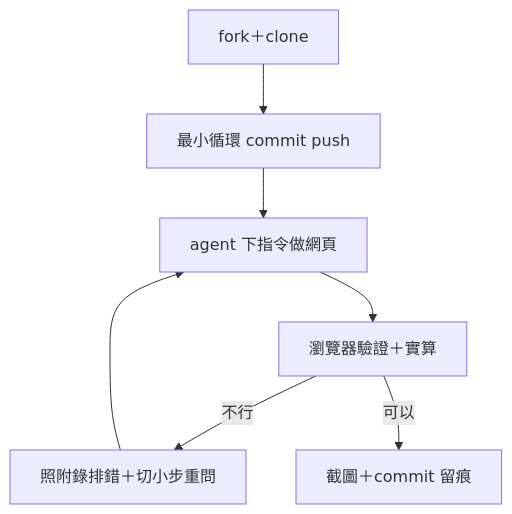
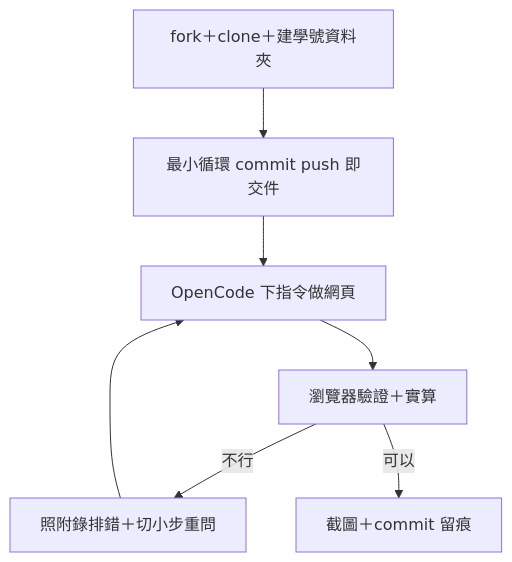
The second of 2 diagrams in 20260919/README.md (h30190/2026_TUT_Interior_with_AI_Course), drawn with Mermaid before and after one commit. The commit also changed other lines of this file and 7 other files, not shown here.

Commit message:
docs: personal fork workflow, students workspace, Antigravity+OpenCode

````diff
--- a/20260919/README.md
+++ b/20260919/README.md
@@ -94,9 +92,9 @@
 ```mermaid
 flowchart TD
-    A[fork＋clone] --> B[最小循環 commit push]
-    B --> C[agent 下指令做網頁]
+    A[fork＋clone＋建學號資料夾] --> B[最小循環 commit push 即交件]
+    B --> C[OpenCode 下指令做網頁]
     C --> D[瀏覽器驗證＋實算]
     D -->|不行| E[照附錄排錯＋切小步重問]
     E --> C
     D -->|可以| F[截圖＋commit 留痕]
 ```
````
